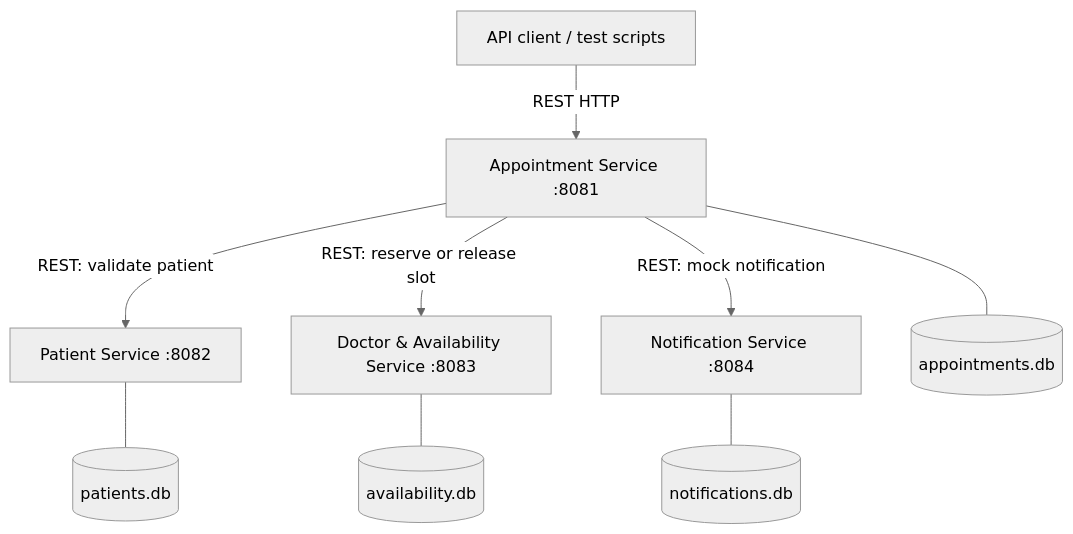
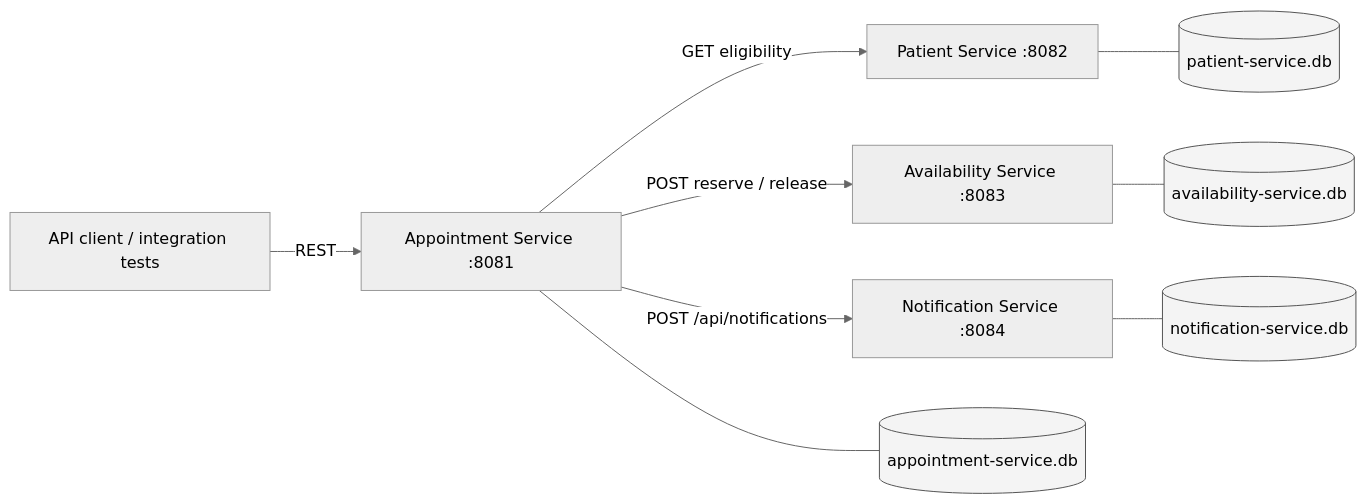
One commit to CodingEsoteric/hospital-appointment-microservices changed the diagram in docs/architecture.mmd. Above: the diagram before and after it, drawn with Mermaid (neutral theme). The commit also changed 53 other files, not shown here.

Commit message:
notification service

```diff
--- a/docs/architecture.mmd
+++ b/docs/architecture.mmd
@@ -1,9 +1,11 @@
-flowchart TD
-    C[API client / test scripts] -->|REST HTTP| A[Appointment Service :8081]
-    A -->|REST: validate patient| P[Patient Service :8082]
-    A -->|REST: reserve or release slot| V[Doctor & Availability Service :8083]
-    A -->|REST: mock notification| N[Notification Service :8084]
-    A --- DA[(appointments.db)]
-    P --- DP[(patients.db)]
-    V --- DV[(availability.db)]
-    N --- DN[(notifications.db)]
+flowchart LR
+    C[API client / integration tests] -->|REST| A[Appointment Service :8081]
+    A -->|GET eligibility| P[Patient Service :8082]
+    A -->|POST reserve / release| V[Availability Service :8083]
+    A -->|POST /api/notifications| N[Notification Service :8084]
+    A --- DA[(appointment-service.db)]
+    P --- DP[(patient-service.db)]
+    V --- DV[(availability-service.db)]
+    N --- DN[(notification-service.db)]
+    classDef store fill:#f4f4f4,stroke:#555;
+    class DA,DP,DV,DN store;
```
